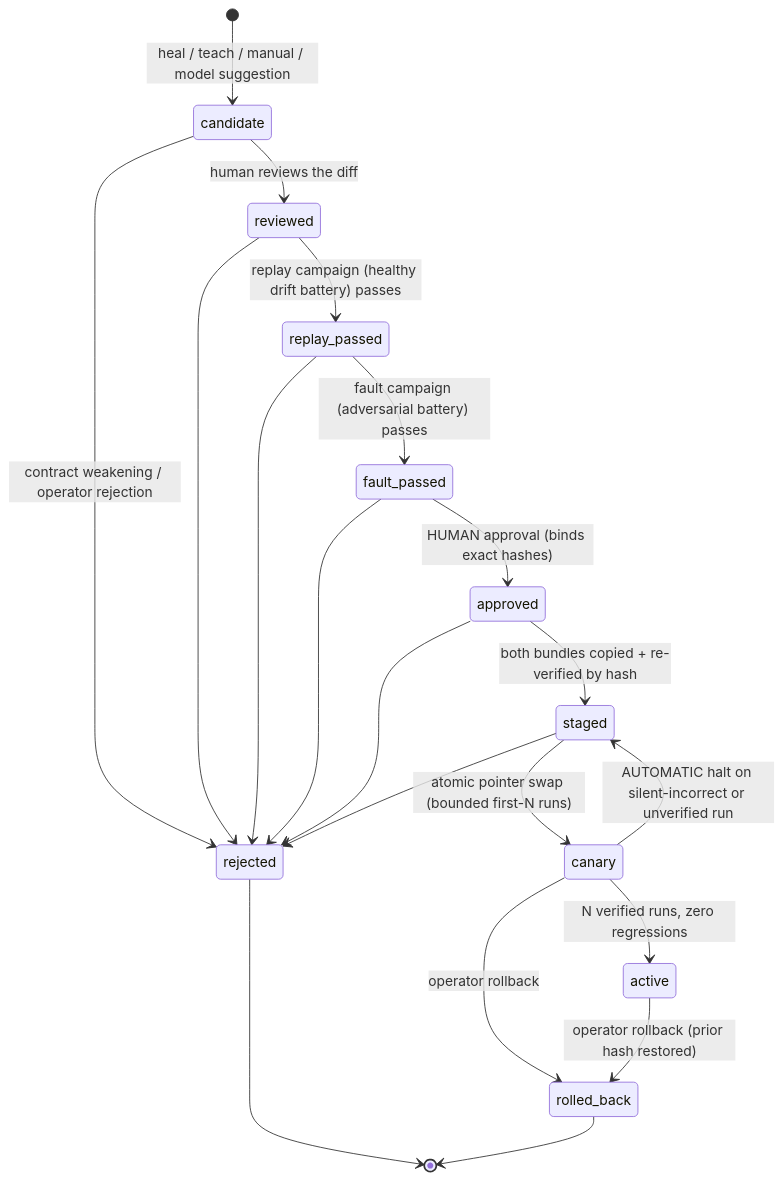
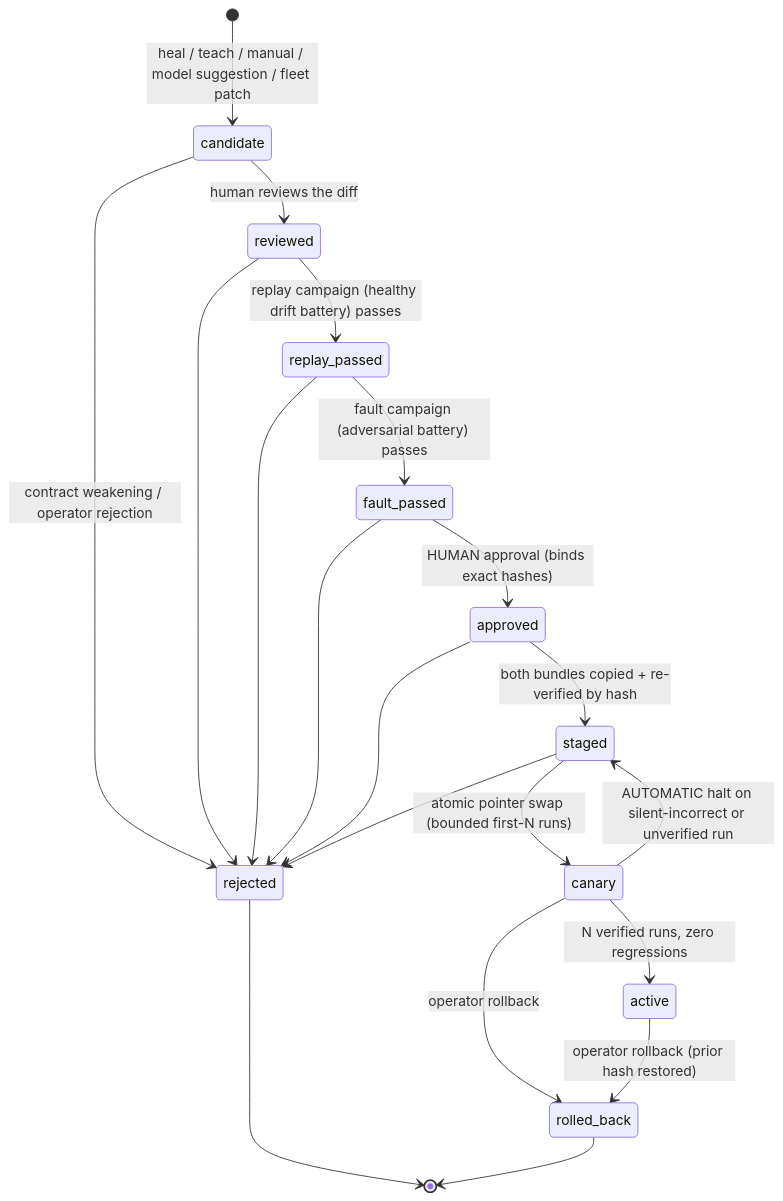
Before and after one commit to OpenAdaptAI/OpenAdapt: the diagram in packages/flow/docs/REPAIR_LIFECYCLE.md, drawn with Mermaid. The commit also changed other lines of this file and 1 other file, not shown here.

First line of the commit message:
docs: fleet drift patches

````diff
--- a/packages/flow/docs/REPAIR_LIFECYCLE.md
+++ b/packages/flow/docs/REPAIR_LIFECYCLE.md
@@ -13,22 +13,22 @@
 ```mermaid
 stateDiagram-v2
-    [*] --> candidate: heal / teach / manual / model suggestion
+    [*] --> candidate: heal / teach / manual / model suggestion / fleet patch
     candidate --> reviewed: human reviews the diff
     reviewed --> replay_passed: replay campaign (healthy drift battery) passes
     replay_passed --> fault_passed: fault campaign (adversarial battery) passes
     fault_passed --> approved: HUMAN approval (binds exact hashes)
     approved --> staged: both bundles copied + re-verified by hash
     staged --> canary: atomic pointer swap (bounded first-N runs)
     canary --> active: N verified runs, zero regressions
     canary --> staged: AUTOMATIC halt on silent-incorrect or unverified run
     canary --> rolled_back: operator rollback
     active --> rolled_back: operator rollback (prior hash restored)
     candidate --> rejected: contract weakening / operator rejection
     reviewed --> rejected
     replay_passed --> rejected
     fault_passed --> rejected
     approved --> rejected
     staged --> rejected
     rejected --> [*]
     rolled_back --> [*]
 ```
````
